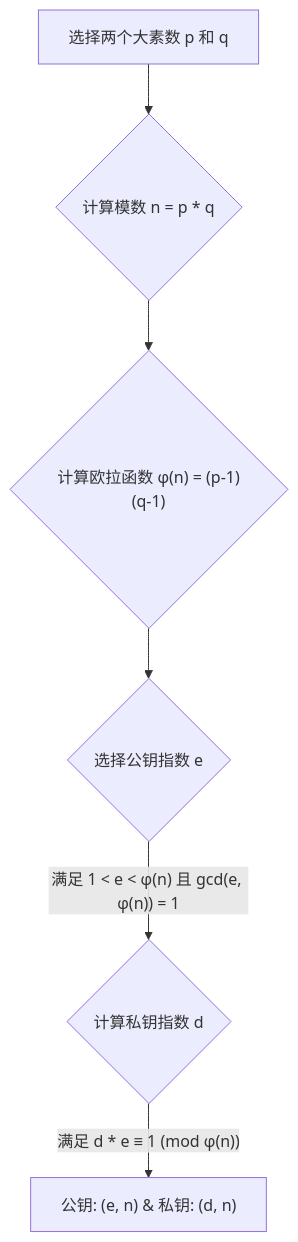
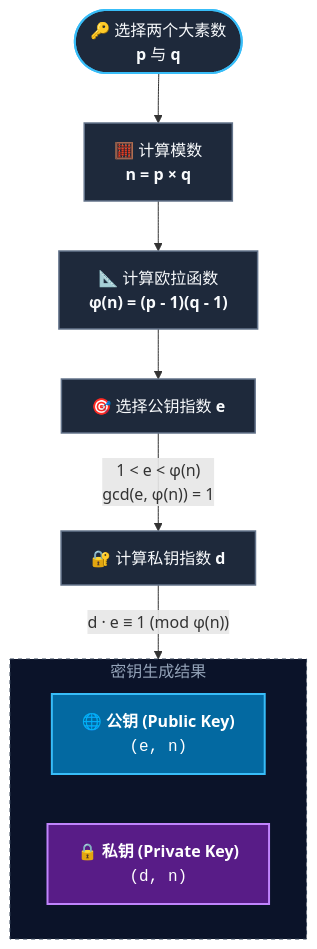
One commit to teatang/t-blog changed the first of 2 diagrams in source/_posts/2024/2024-08-18_RSA (Rivest–Shamir–Adleman) 加密算法详解.md. Above: the diagram before and after it, drawn with Mermaid. The commit also changed other lines of this file and 9 other files, not shown here.

```diff
--- a/source/_posts/2024/2024-08-18_RSA (Rivest–Shamir–Adleman) 加密算法详解.md
+++ b/source/_posts/2024/2024-08-18_RSA (Rivest–Shamir–Adleman) 加密算法详解.md
@@ -94,8 +94,26 @@
 {% mermaid %}
-graph TD
-    A[选择两个大素数 p 和 q] --> B{计算模数 n = p * q};
-    B --> C{"计算欧拉函数 φ(n) = (p-1)(q-1)"};
-    C --> D{选择公钥指数 e};
-    D -- 满足 1 < e < φ(n) 且 gcd(e, φ(n)) = 1 --> E{计算私钥指数 d};
-    E -- 满足 d * e ≡ 1 (mod φ(n)) --> F["公钥: (e, n) & 私钥: (d, n)"];
+flowchart TD
+    A(["🔑 选择两个大素数<br/><b>p</b> 与 <b>q</b>"]) --> B["🧮 计算模数<br/><b>n = p × q</b>"]
+    B --> C["📐 计算欧拉函数<br/><b>φ(n) = (p - 1)(q - 1)</b>"]
+    C --> D["🎯 选择公钥指数 <b>e</b>"]
+    
+    D -->|"1 &lt; e &lt; φ(n)<br/>gcd(e, φ(n)) = 1"| E["🔐 计算私钥指数 <b>d</b>"]
+    E -->|"d · e ≡ 1 (mod φ(n))"| Keys
+
+    subgraph Keys [" 密钥生成结果 "]
+        direction LR
+        F1["🌐 <b>公钥 (Public Key)</b><br/><code>(e, n)</code>"]
+        F2["🔒 <b>私钥 (Private Key)</b><br/><code>(d, n)</code>"]
+    end
+
+    %% 节点深色样式
+    style A fill:#1e293b,stroke:#38bdf8,stroke-width:2px,color:#f8fafc
+    style B fill:#1e293b,stroke:#64748b,stroke-width:1.5px,color:#f8fafc
+    style C fill:#1e293b,stroke:#64748b,stroke-width:1.5px,color:#f8fafc
+    style D fill:#1e293b,stroke:#64748b,stroke-width:1.5px,color:#f8fafc
+    style E fill:#1e293b,stroke:#64748b,stroke-width:1.5px,color:#f8fafc
+    
+    style Keys fill:#0b1329,stroke:#334155,stroke-dasharray: 4 4,color:#94a3b8
+    style F1 fill:#0369a1,stroke:#38bdf8,stroke-width:2px,color:#ffffff
+    style F2 fill:#581c87,stroke:#c084fc,stroke-width:2px,color:#ffffff
 {% endmermaid %}
```
